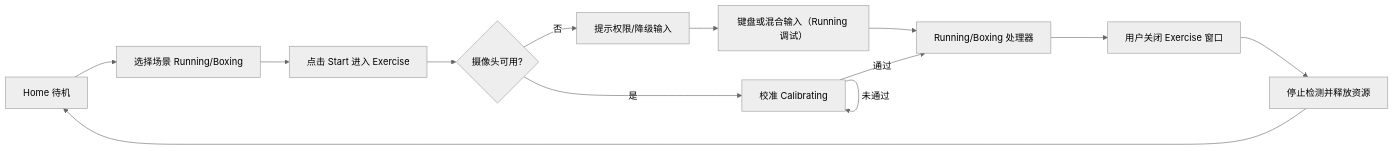
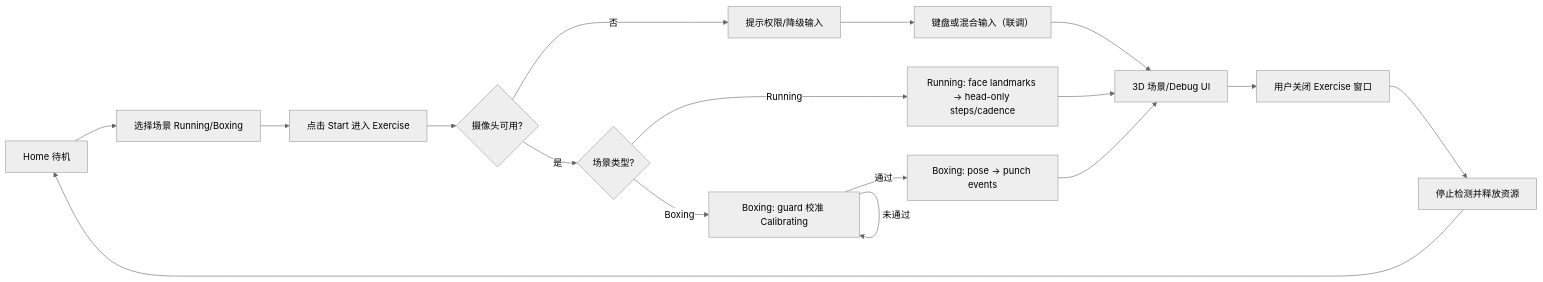
Before and after one commit to chiimagnus/VibeSports: the diagram in .github/docs/business-logic.md, drawn with Mermaid (neutral theme). The commit also changed other lines of this file and 2 other files, not shown here.

Commit message:
docs: update running to head-only

````diff
--- a/.github/docs/business-logic.md
+++ b/.github/docs/business-logic.md
@@ -107,15 +110,19 @@
 ```mermaid
 flowchart LR
   A[Home 待机] --> B[选择场景 Running/Boxing]
   B --> C[点击 Start 进入 Exercise]
   C --> D{摄像头可用?}
   D -->|否| E[提示权限/降级输入]
-  D -->|是| F[校准 Calibrating]
-  F -->|通过| G[Running/Boxing 处理器]
+  D -->|是| K{场景类型?}
+  K -->|Running| R[Running: face landmarks → head-only steps/cadence]
+  K -->|Boxing| F[Boxing: guard 校准 Calibrating]
+  F -->|通过| P[Boxing: pose → punch events]
   F -->|未通过| F
-  E --> H[键盘或混合输入（Running 调试）]
-  H --> G
-  G --> I[用户关闭 Exercise 窗口]
+  E --> H[键盘或混合输入（联调）]
+  H --> M[3D 场景/Debug UI]
+  R --> M
+  P --> M
+  M --> I[用户关闭 Exercise 窗口]
   I --> J[停止检测并释放资源]
   J --> A
 ```
````
